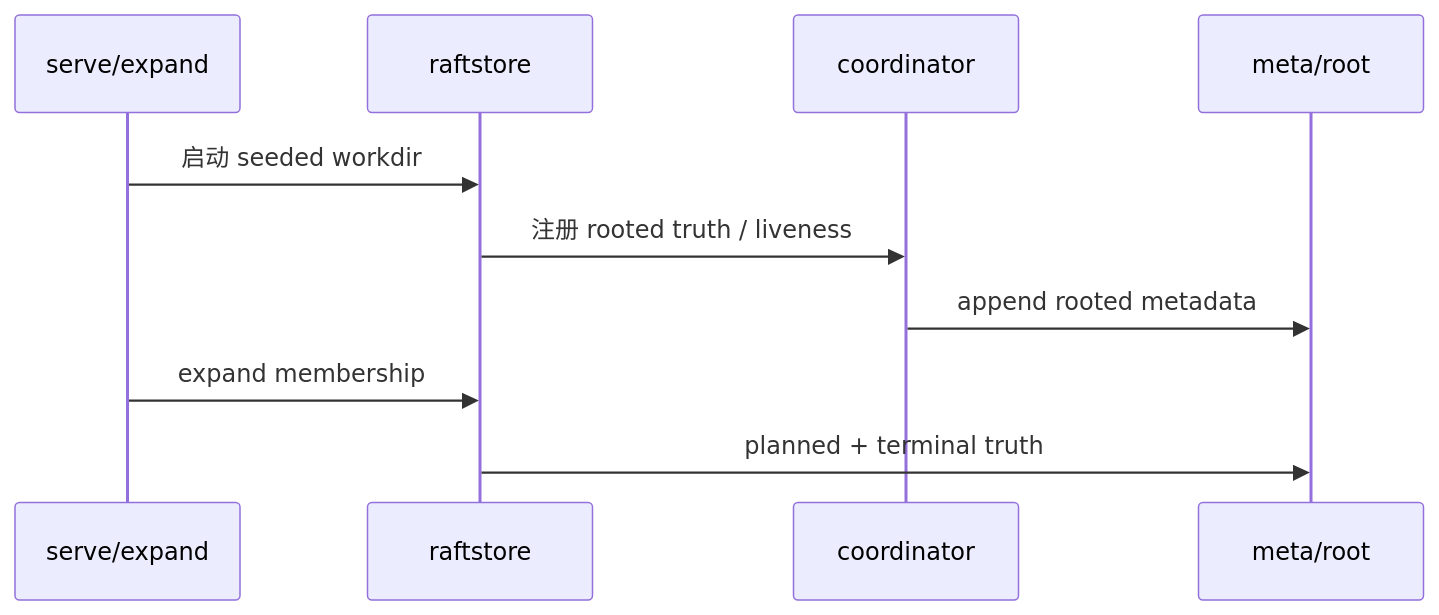
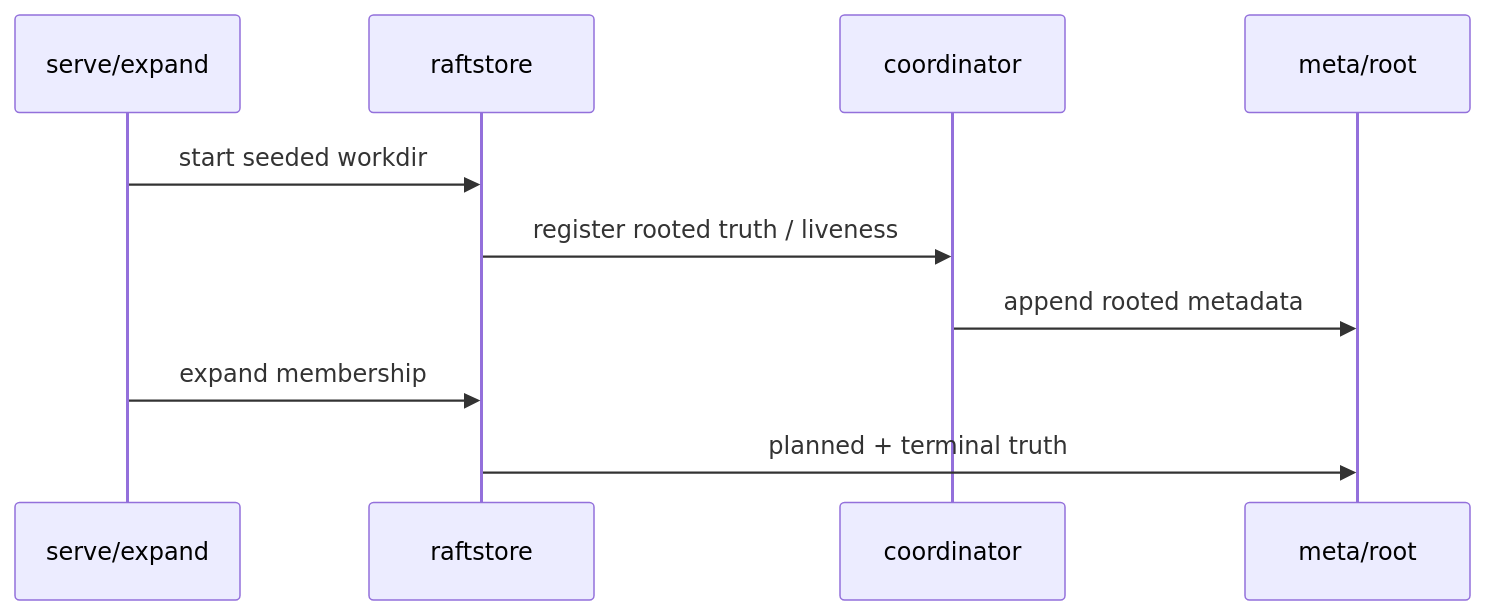
One commit to feichai0017/NoKV changed the third of 3 diagrams in docs/notes/2026-03-30-migration-mode-and-snapshot.md. Above: the diagram before and after it, drawn with Mermaid. The commit also changed other lines of this file and 23 other files, not shown here.

````diff
--- a/docs/notes/2026-03-30-migration-mode-and-snapshot.md
+++ b/docs/notes/2026-03-30-migration-mode-and-snapshot.md
@@ -133,13 +133,13 @@
 ```mermaid
 sequenceDiagram
     participant CLI as serve/expand
     participant RS as raftstore
     participant Coordinator as coordinator
     participant MR as meta/root
 
-    CLI->>RS: 启动 seeded workdir
-    RS->>Coordinator: 注册 rooted truth / liveness
+    CLI->>RS: start seeded workdir
+    RS->>Coordinator: register rooted truth / liveness
     Coordinator->>MR: append rooted metadata
     CLI->>RS: expand membership
     RS->>MR: planned + terminal truth
 ```
````
